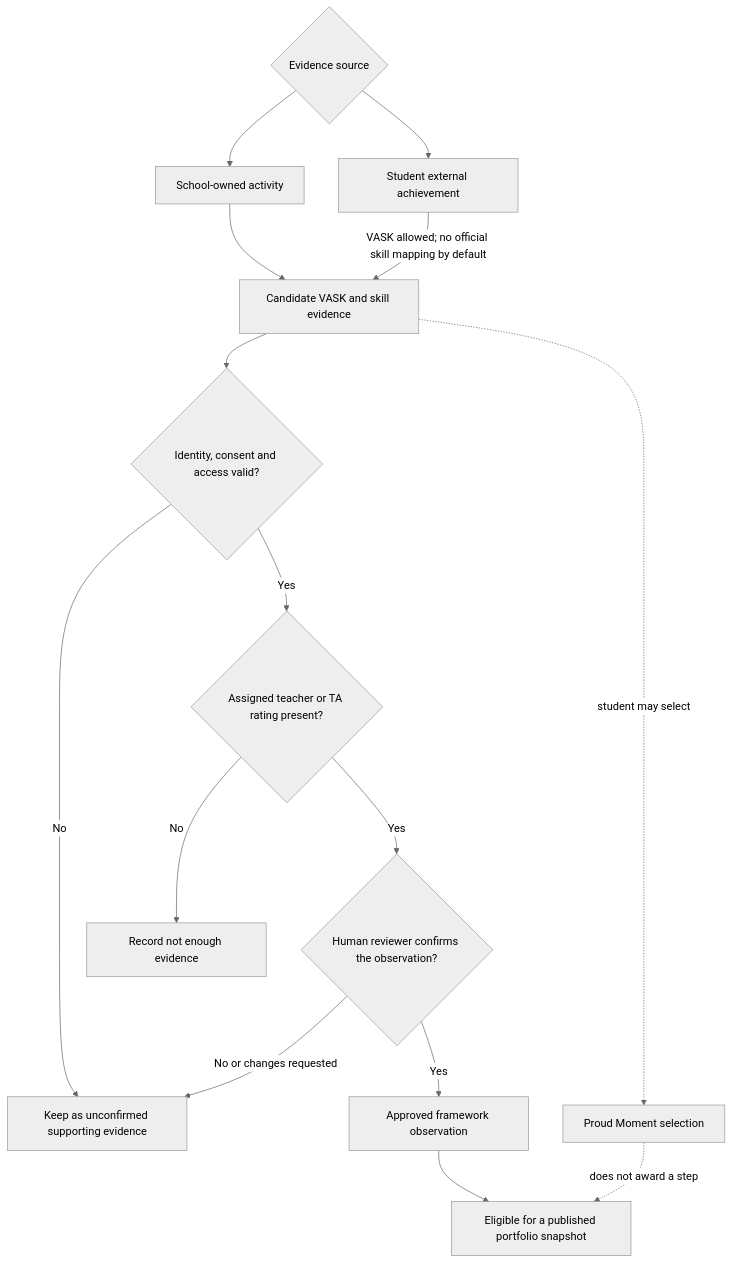
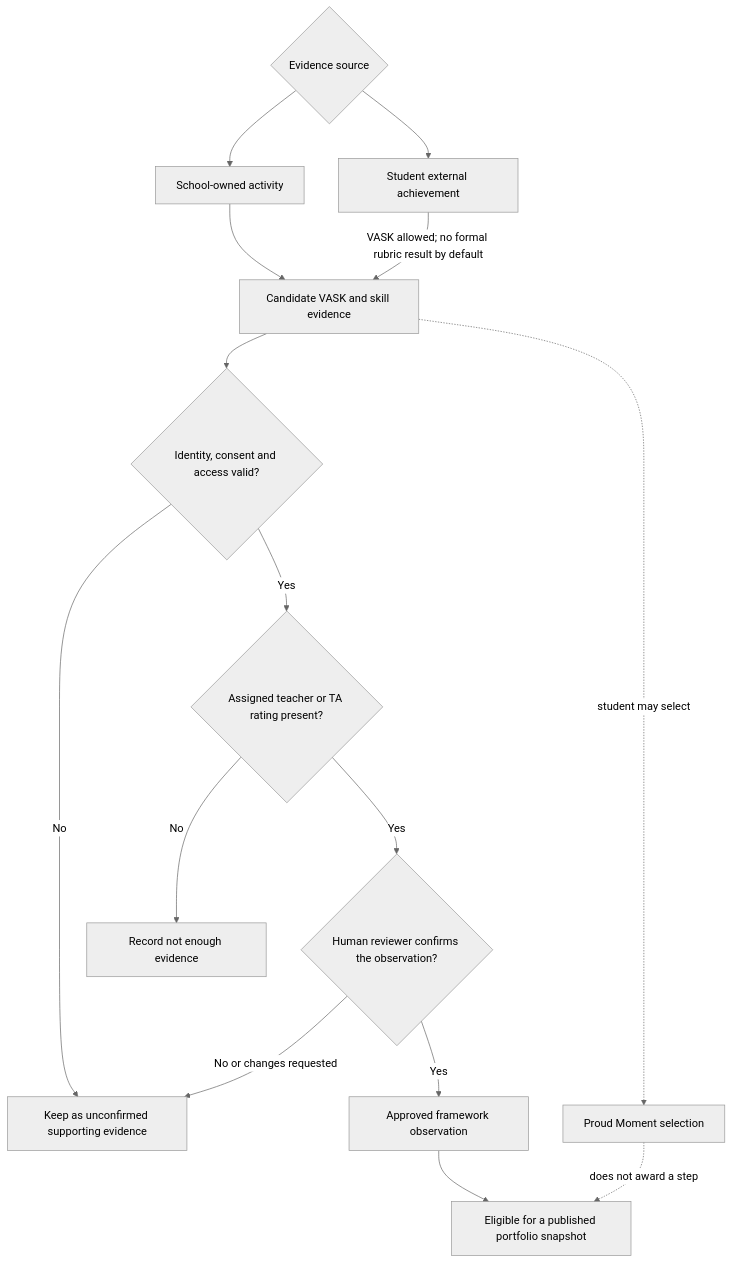
Before and after one commit to heison-octopus/testing-port: the fifth of 21 diagrams in output/English/Core data relationships.md, drawn with Mermaid (neutral theme). The commit also changed other lines of this file and 203 other files, not shown here.

````diff
--- a/output/English/Core data relationships.md
+++ b/output/English/Core data relationships.md
@@ -300,30 +338,30 @@
 ```mermaid
 flowchart TD
     Source{Evidence source}
     School[School-owned activity]
     External[Student external achievement]
     Candidate[Candidate VASK and skill evidence]
     Consent{Identity, consent and access valid?}
     Rating{Assigned teacher or TA rating present?}
     Confirm{Human reviewer confirms the observation?}
     Unconfirmed[Keep as unconfirmed supporting evidence]
     NoEvidence[Record not enough evidence]
     Observation[Approved framework observation]
     Portfolio[Eligible for a published portfolio snapshot]
     Proud[Proud Moment selection]
 
     Source --> School
     Source --> External
     School --> Candidate
-    External -->|VASK allowed; no official skill mapping by default| Candidate
+    External -->|VASK allowed; no formal rubric result by default| Candidate
     Candidate --> Consent
     Consent -->|No| Unconfirmed
     Consent -->|Yes| Rating
     Rating -->|No| NoEvidence
     Rating -->|Yes| Confirm
     Confirm -->|No or changes requested| Unconfirmed
     Confirm -->|Yes| Observation
     Observation --> Portfolio
     Candidate -.->|student may select| Proud
     Proud -.->|does not award a step| Portfolio
 ```
````
